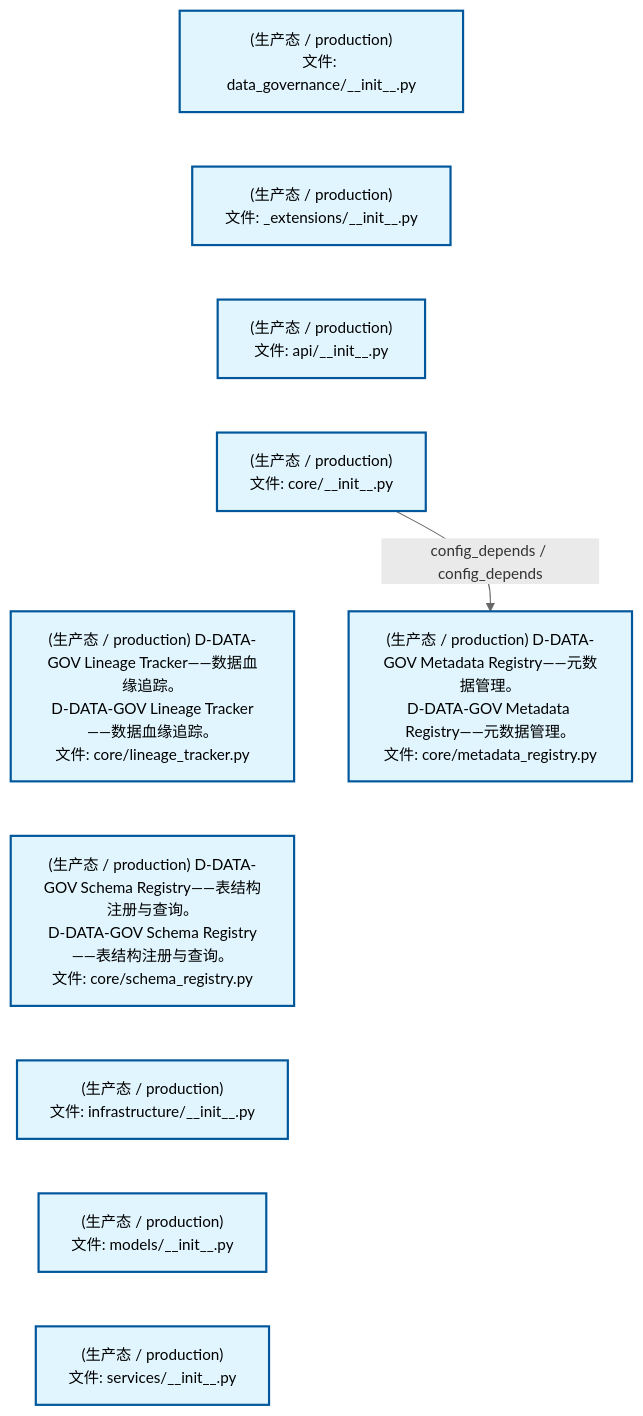
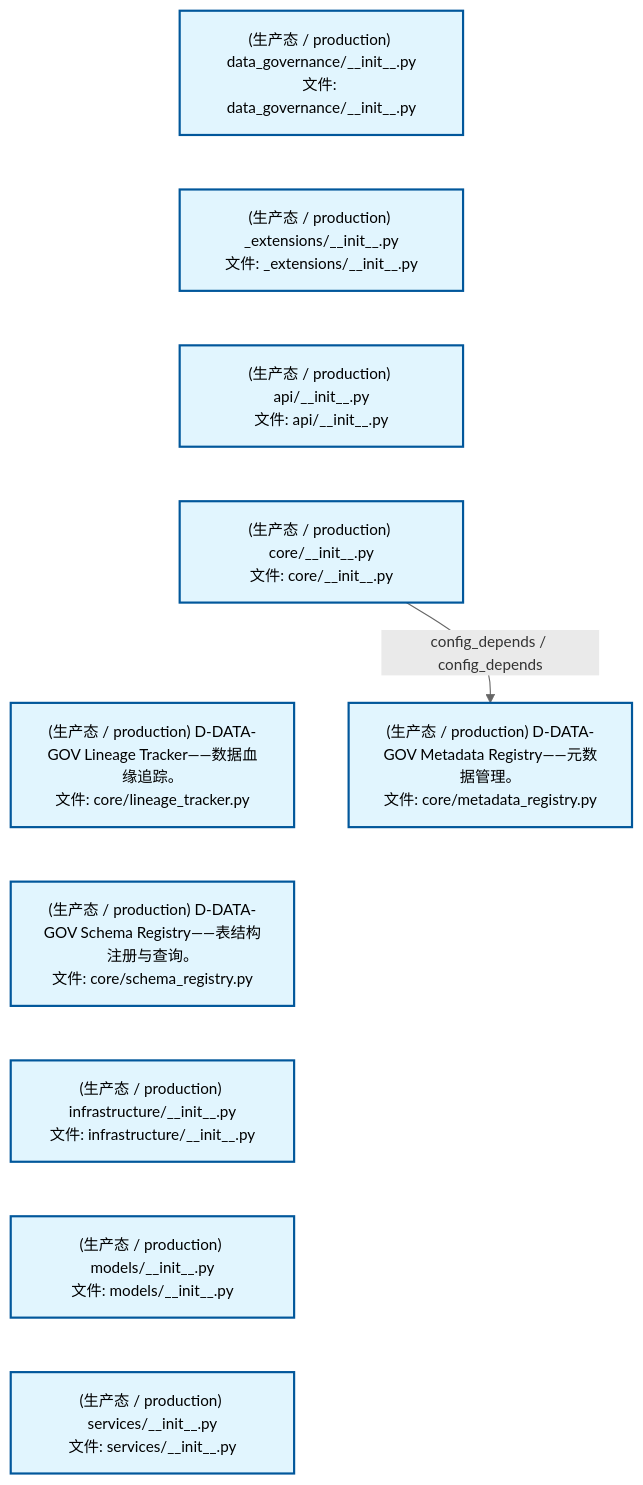
The first of 2 diagrams in docs/02_enterprise_architecture/02_domain_architecture_docs/13_d_data_gov.md (xuanFelixVan/ZephyrAlpha), drawn with Mermaid before and after one commit. The commit also changed other lines of this file and 77 other files, not shown here.

````diff
--- a/docs/02_enterprise_architecture/02_domain_architecture_docs/13_d_data_gov.md
+++ b/docs/02_enterprise_architecture/02_domain_architecture_docs/13_d_data_gov.md
@@ -53,28 +53,28 @@
 ```mermaid
 %%{init: {'theme': 'base', 'themeVariables': {'primaryColor': '#eaeaea', 'primaryTextColor': '#333333', 'primaryBorderColor': '#666666', 'lineColor': '#666666', 'secondaryColor': '#eaeaea', 'tertiaryColor': '#eaeaea', 'fontSize': '14px'}}}%%
 flowchart TD
-    src_zephyr_data_governance_init_py["(生产态 / production)<br/>文件: data_governance/__init__.py"]
-    src_zephyr_data_governance_extensions_init_py["(生产态 / production)<br/>文件: _extensions/__init__.py"]
-    src_zephyr_data_governance_api_init_py["(生产态 / production)<br/>文件: api/__init__.py"]
-    src_zephyr_data_governance_core_init_py["(生产态 / production)<br/>文件: core/__init__.py"]
-    src_zephyr_data_governance_core_lineage_tracker_py["(生产态 / production) D-DATA-GOV Lineage Tracker——数据血缘追踪。<br/>D-DATA-GOV Lineage Tracker——数据血缘追踪。<br/>文件: core/lineage_tracker.py"]
-    src_zephyr_data_governance_core_schema_registry_py["(生产态 / production) D-DATA-GOV Schema Registry——表结构注册与查询。<br/>D-DATA-GOV Schema Registry——表结构注册与查询。<br/>文件: core/schema_registry.py"]
-    src_zephyr_data_governance_infrastructure_init_py["(生产态 / production)<br/>文件: infrastructure/__init__.py"]
-    src_zephyr_data_governance_models_init_py["(生产态 / production)<br/>文件: models/__init__.py"]
-    src_zephyr_data_governance_services_init_py["(生产态 / production)<br/>文件: services/__init__.py"]
+    src_zephyr_data_governance_init_py["(生产态 / production) data_governance/__init__.py<br/>文件: data_governance/__init__.py"]
+    src_zephyr_data_governance_extensions_init_py["(生产态 / production) _extensions/__init__.py<br/>文件: _extensions/__init__.py"]
+    src_zephyr_data_governance_api_init_py["(生产态 / production) api/__init__.py<br/>文件: api/__init__.py"]
+    src_zephyr_data_governance_core_init_py["(生产态 / production) core/__init__.py<br/>文件: core/__init__.py"]
+    src_zephyr_data_governance_core_lineage_tracker_py["(生产态 / production) D-DATA-GOV Lineage Tracker——数据血缘追踪。<br/>文件: core/lineage_tracker.py"]
+    src_zephyr_data_governance_core_schema_registry_py["(生产态 / production) D-DATA-GOV Schema Registry——表结构注册与查询。<br/>文件: core/schema_registry.py"]
+    src_zephyr_data_governance_infrastructure_init_py["(生产态 / production) infrastructure/__init__.py<br/>文件: infrastructure/__init__.py"]
+    src_zephyr_data_governance_models_init_py["(生产态 / production) models/__init__.py<br/>文件: models/__init__.py"]
+    src_zephyr_data_governance_services_init_py["(生产态 / production) services/__init__.py<br/>文件: services/__init__.py"]
     src_zephyr_data_governance_init_py ~~~ src_zephyr_data_governance_extensions_init_py
     src_zephyr_data_governance_extensions_init_py ~~~ src_zephyr_data_governance_api_init_py
     src_zephyr_data_governance_api_init_py ~~~ src_zephyr_data_governance_core_init_py
     src_zephyr_data_governance_core_init_py ~~~ src_zephyr_data_governance_core_lineage_tracker_py
     src_zephyr_data_governance_core_lineage_tracker_py ~~~ src_zephyr_data_governance_core_schema_registry_py
     src_zephyr_data_governance_core_schema_registry_py ~~~ src_zephyr_data_governance_infrastructure_init_py
     src_zephyr_data_governance_infrastructure_init_py ~~~ src_zephyr_data_governance_models_init_py
     src_zephyr_data_governance_models_init_py ~~~ src_zephyr_data_governance_services_init_py
-    src_zephyr_data_governance_core_metadata_registry_py["(生产态 / production) D-DATA-GOV Metadata Registry——元数据管理。<br/>D-DATA-GOV Metadata Registry——元数据管理。<br/>文件: core/metadata_registry.py"]
+    src_zephyr_data_governance_core_metadata_registry_py["(生产态 / production) D-DATA-GOV Metadata Registry——元数据管理。<br/>文件: core/metadata_registry.py"]
     src_zephyr_data_governance_core_init_py -->|config_depends / config_depends| src_zephyr_data_governance_core_metadata_registry_py
     classDef production fill:#e1f5fe,stroke:#01579b,stroke-width:2px,color:#000
     classDef design fill:#fff3e0,stroke:#e65100,stroke-width:2px,color:#000,stroke-dasharray: 5 5
     classDef external_prod fill:#e8f4fd,stroke:#0277bd,stroke-width:1px,color:#000
     classDef external_design fill:#fff8e7,stroke:#ef6c00,stroke-width:1px,color:#000,stroke-dasharray: 5 5
     class src_zephyr_data_governance_init_py,src_zephyr_data_governance_extensions_init_py,src_zephyr_data_governance_api_init_py,src_zephyr_data_governance_core_init_py,src_zephyr_data_governance_core_lineage_tracker_py,src_zephyr_data_governance_core_metadata_registry_py,src_zephyr_data_governance_core_schema_registry_py,src_zephyr_data_governance_infrastructure_init_py,src_zephyr_data_governance_models_init_py,src_zephyr_data_governance_services_init_py production
 ```
````
